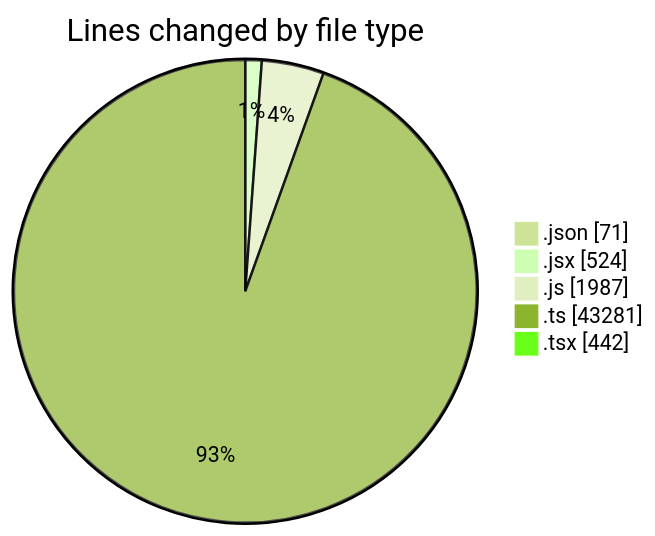
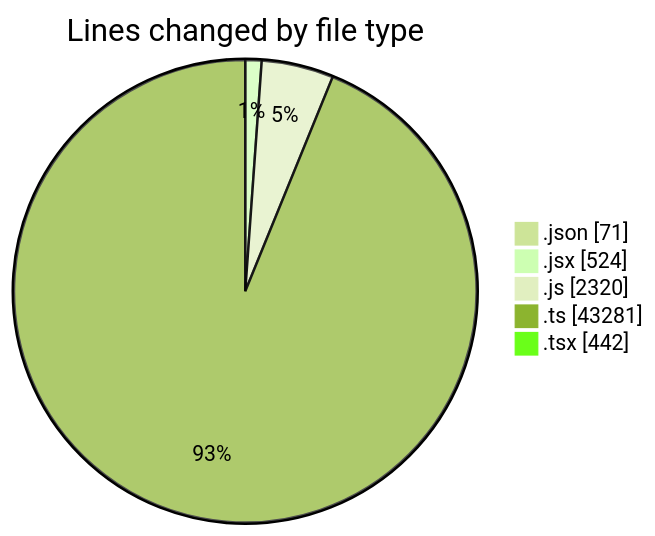
The first of 2 diagrams in 2026-03-02/cda/README.md (momahboobian/code-tracking), drawn with Mermaid (forest theme) before and after one commit. The commit also changed other lines of this file and 1 other file, not shown here.

````diff
--- a/2026-03-02/cda/README.md
+++ b/2026-03-02/cda/README.md
@@ -32,9 +32,9 @@
 ```mermaid
 pie showData
 title Lines changed by file type
 ".json" : 71
 ".jsx" : 524
-".js" : 1987
+".js" : 2320
 ".ts" : 43281
 ".tsx" : 442
 ```
````
